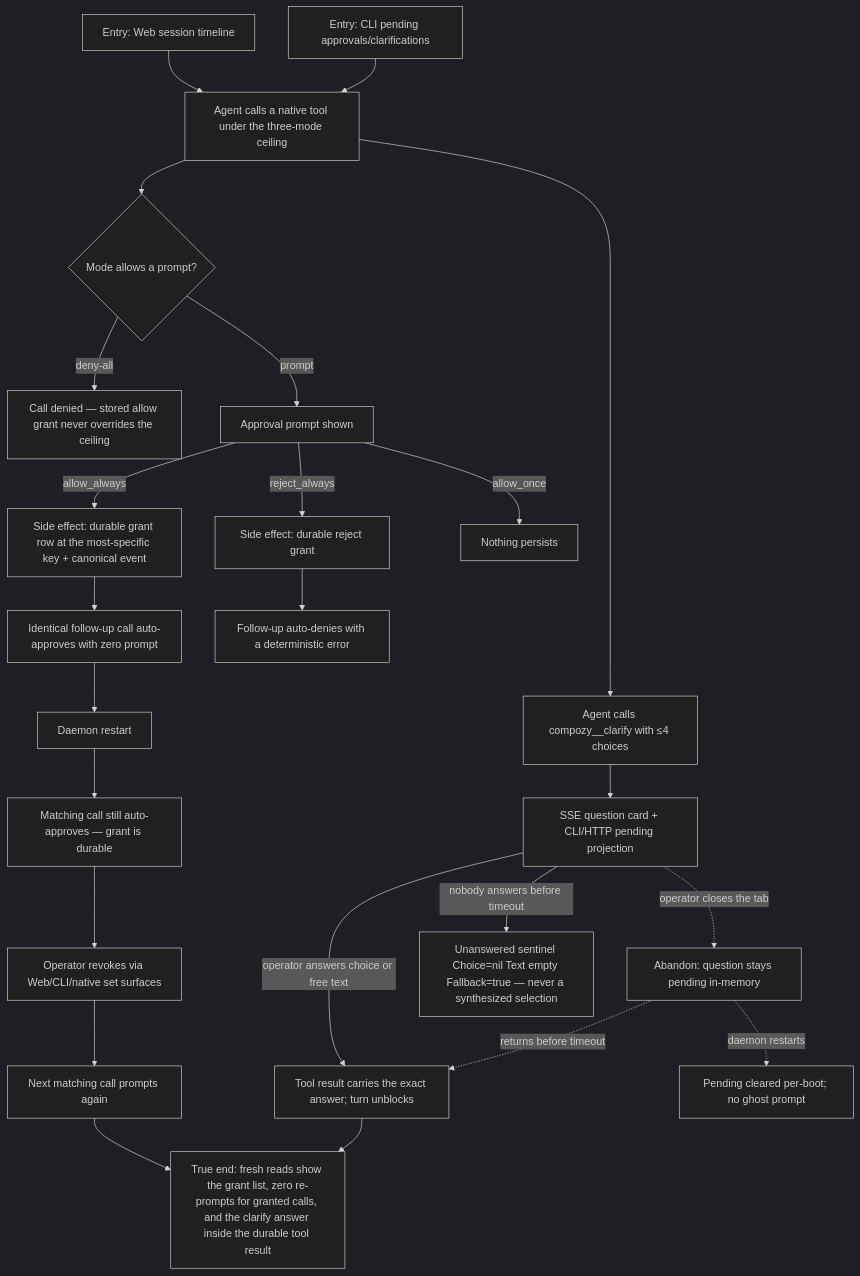
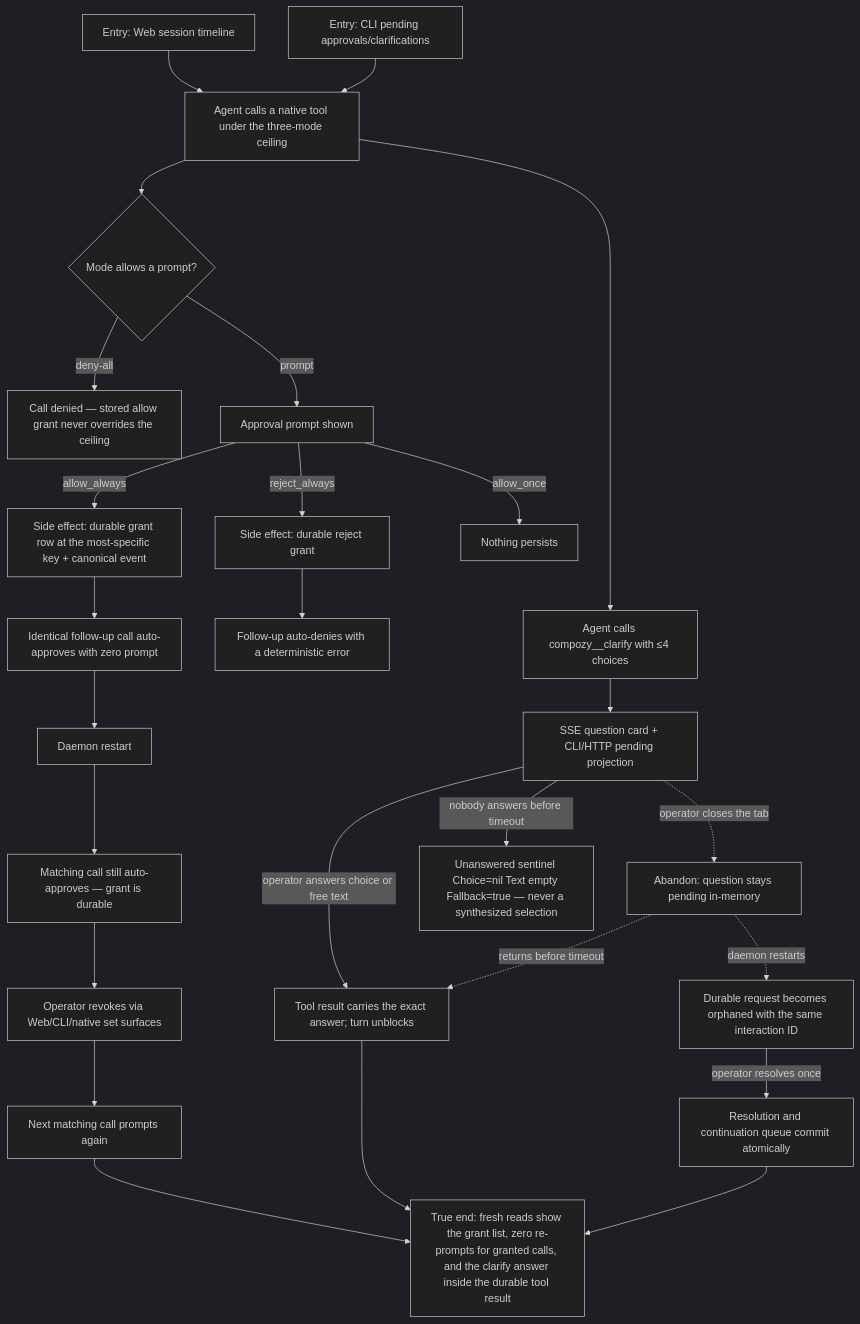
The diagram in docs/qa/journeys/J-answer-agent-requests.md (compozy/compozy), drawn with Mermaid (dark theme) before and after one commit. The commit also changed other lines of this file and 196 other files, not shown here.

````diff
--- a/docs/qa/journeys/J-answer-agent-requests.md
+++ b/docs/qa/journeys/J-answer-agent-requests.md
@@ -9,26 +9,28 @@
 ```mermaid
 flowchart TD
     E1[Entry: Web session timeline] --> P[Agent calls a native tool under the three-mode ceiling]
     E2[Entry: CLI pending approvals/clarifications] --> P
     P --> M{Mode allows a prompt?}
     M -->|deny-all| DENY[Call denied — stored allow grant never overrides the ceiling]
     M -->|prompt| A[Approval prompt shown]
     A -->|allow_always| G[Side effect: durable grant row at the most-specific key + canonical event]
     A -->|reject_always| RJ[Side effect: durable reject grant]
     A -->|allow_once| ONCE[Nothing persists]
     G --> F[Identical follow-up call auto-approves with zero prompt]
     RJ --> FD[Follow-up auto-denies with a deterministic error]
     F --> R[Daemon restart]
     R --> F2[Matching call still auto-approves — grant is durable]
     F2 --> RV[Operator revokes via Web/CLI/native set surfaces]
     RV --> RP[Next matching call prompts again]
     P --> C[Agent calls compozy__clarify with ≤4 choices]
     C --> Q[SSE question card + CLI/HTTP pending projection]
     Q -->|operator answers choice or free text| AN[Tool result carries the exact answer; turn unblocks]
     Q -->|nobody answers before timeout| TS[Unanswered sentinel Choice=nil Text empty Fallback=true — never a synthesized selection]
     Q -.->|operator closes the tab| AB[Abandon: question stays pending in-memory]
     AB -.->|returns before timeout| AN
-    AB -.->|daemon restarts| CLR[Pending cleared per-boot; no ghost prompt]
+    AB -.->|daemon restarts| ORPHAN[Durable request becomes orphaned with the same interaction ID]
+    ORPHAN -->|operator resolves once| RESUME[Resolution and continuation queue commit atomically]
+    RESUME --> TE
     AN --> TE[True end: fresh reads show the grant list, zero re-prompts for granted calls, and the clarify answer inside the durable tool result]
     RP --> TE
 ```
````
